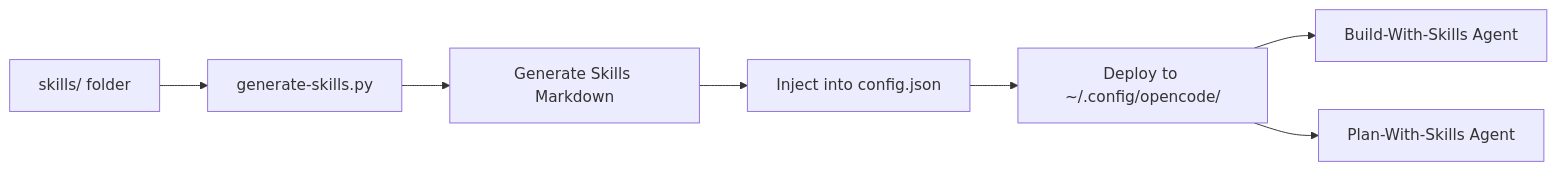
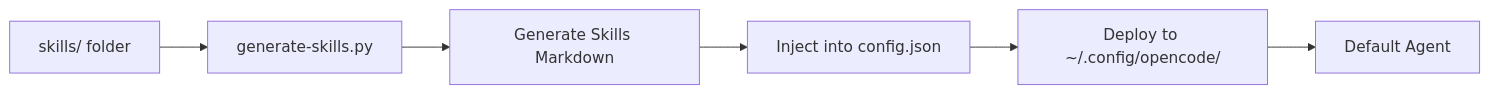
The first of 2 diagrams in SKILLS_IMPLEMENTATION.md (darellchua2/opencode-config-template), drawn with Mermaid before and after one commit. The commit also changed other lines of this file and 5 other files, not shown here.

````diff
--- a/SKILLS_IMPLEMENTATION.md
+++ b/SKILLS_IMPLEMENTATION.md
@@ -36,9 +36,8 @@
 ```mermaid
 graph LR
     A[skills/ folder] --> B[generate-skills.py]
     B --> C[Generate Skills Markdown]
     C --> D[Inject into config.json]
     D --> E[Deploy to ~/.config/opencode/]
-    E --> F[Build-With-Skills Agent]
-    E --> G[Plan-With-Skills Agent]
+    E --> F[Default Agent]
 ```
````
